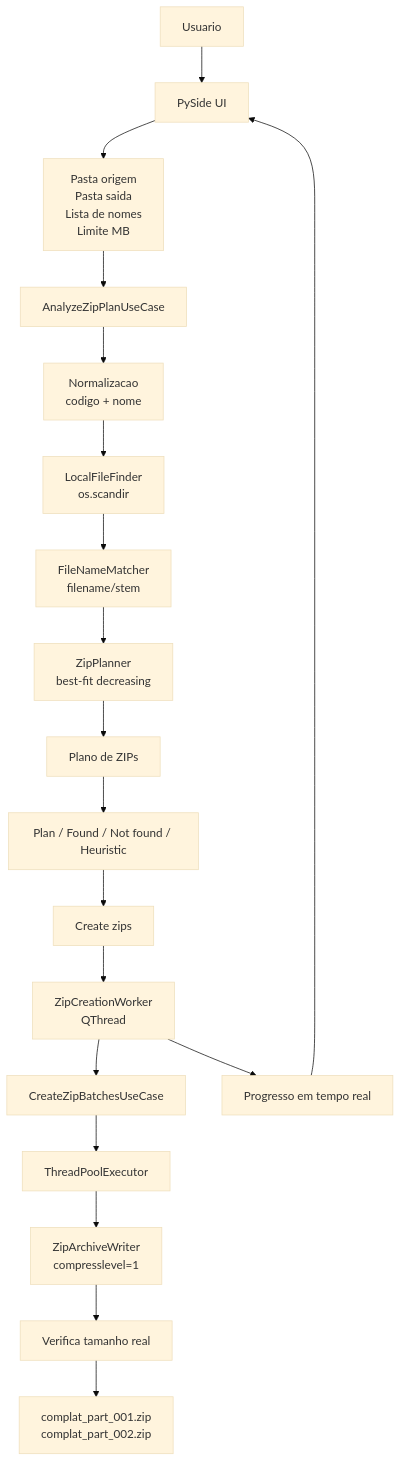
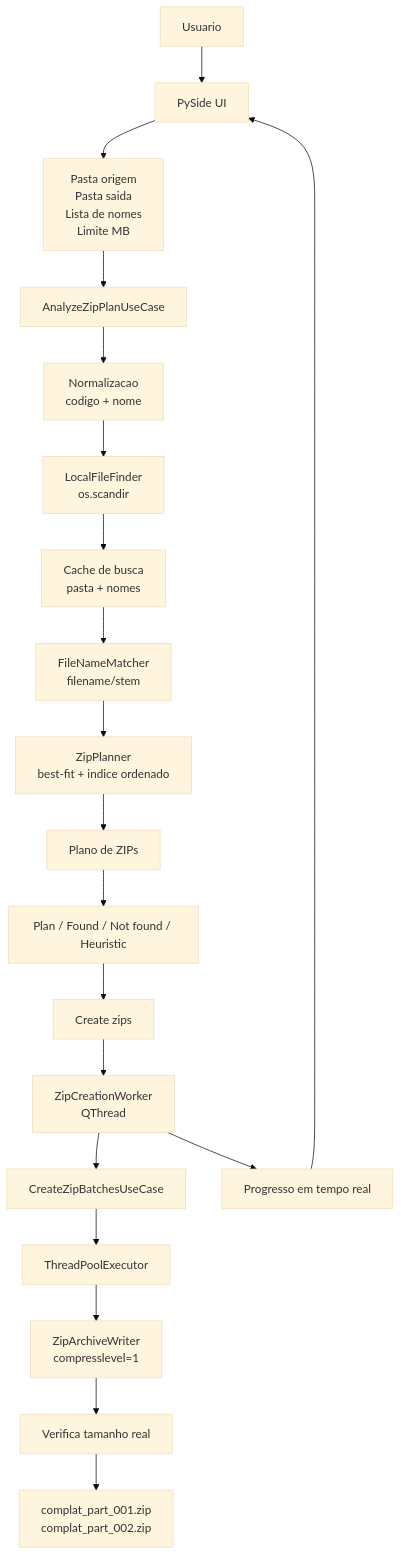
One commit to MatheusANBS/COMPLAT changed the diagram in README.md. Above: the diagram before and after it, drawn with Mermaid (base theme). The commit also changed other lines of this file and 5 other files, not shown here.

````diff
--- a/README.md
+++ b/README.md
@@ -50,23 +55,24 @@
 ```mermaid
 flowchart TD
     User["Usuario"] --> UI["PySide UI"]
     UI --> Inputs["Pasta origem<br/>Pasta saida<br/>Lista de nomes<br/>Limite MB"]
 
     Inputs --> Analyze["AnalyzeZipPlanUseCase"]
     Analyze --> Parser["Normalizacao<br/>codigo + nome"]
     Parser --> Finder["LocalFileFinder<br/>os.scandir"]
-    Finder --> Matcher["FileNameMatcher<br/>filename/stem"]
-    Matcher --> Planner["ZipPlanner<br/>best-fit decreasing"]
+    Finder --> Cache["Cache de busca<br/>pasta + nomes"]
+    Cache --> Matcher["FileNameMatcher<br/>filename/stem"]
+    Matcher --> Planner["ZipPlanner<br/>best-fit + indice ordenado"]
     Planner --> Plan["Plano de ZIPs"]
 
     Plan --> Tabs["Plan / Found / Not found / Heuristic"]
     Tabs --> Create["Create zips"]
     Create --> Worker["ZipCreationWorker<br/>QThread"]
     Worker --> Executor["CreateZipBatchesUseCase"]
     Executor --> Pool["ThreadPoolExecutor"]
     Pool --> Writer["ZipArchiveWriter<br/>compresslevel=1"]
     Writer --> Verify["Verifica tamanho real"]
     Verify --> Output["complat_part_001.zip<br/>complat_part_002.zip"]
     Worker --> Progress["Progresso em tempo real"]
     Progress --> UI
 ```
````
